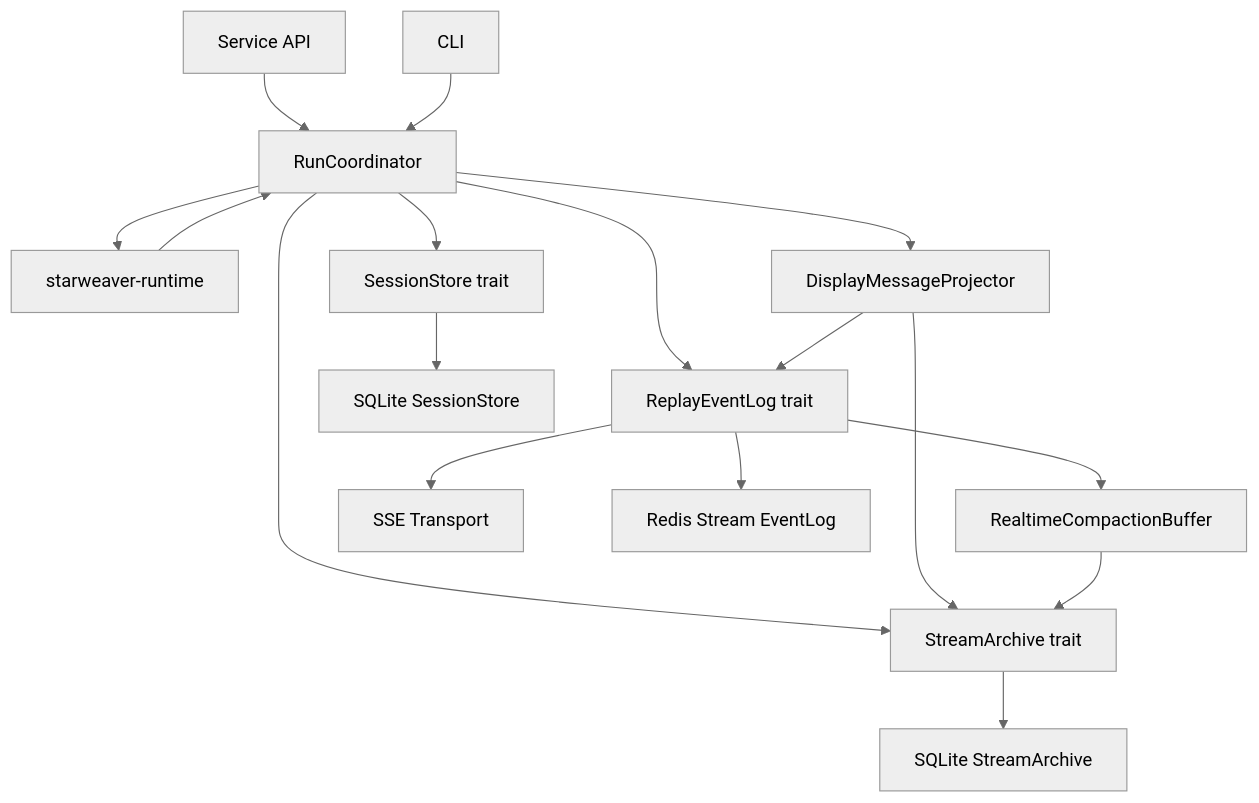
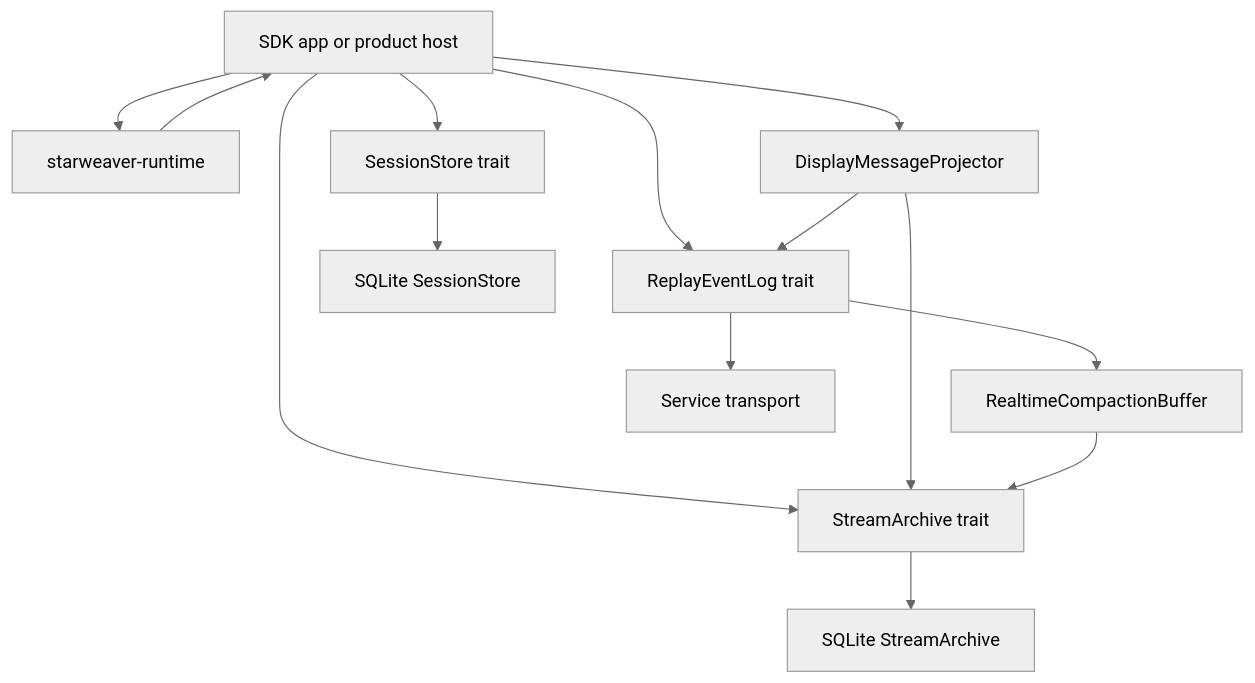
The first of 2 diagrams in spec/ops/03-durable-service-runtime.md (Wh1isper/starweaver), drawn with Mermaid (neutral theme) before and after one commit. The commit also changed other lines of this file and 216 other files, not shown here.

First line of the commit message:
feat: add SDK primitives and remove Claw service

````diff
--- a/spec/ops/03-durable-service-runtime.md
+++ b/spec/ops/03-durable-service-runtime.md
@@ -23,33 +21,27 @@
 ```mermaid
 flowchart TD
-    api[Service API]
-    cli[CLI]
-    coord[RunCoordinator]
+    app[SDK app or product host]
     runtime[starweaver-runtime]
     session[SessionStore trait]
     archive[StreamArchive trait]
     eventlog[ReplayEventLog trait]
     compact[RealtimeCompactionBuffer]
     projector[DisplayMessageProjector]
-    sse[SSE Transport]
-    redis[Redis Stream EventLog]
+    transport[Service transport]
     sqlite_session[SQLite SessionStore]
     sqlite_stream[SQLite StreamArchive]
 
-    api --> coord
-    cli --> coord
-    coord --> runtime
-    runtime --> coord
-    coord --> session
-    coord --> archive
-    coord --> eventlog
-    coord --> projector
+    app --> runtime
+    runtime --> app
+    app --> session
+    app --> archive
+    app --> eventlog
+    app --> projector
     projector --> archive
     projector --> eventlog
     eventlog --> compact
     compact --> archive
     session --> sqlite_session
     archive --> sqlite_stream
-    eventlog --> sse
-    eventlog --> redis
+    eventlog --> transport
 ```
````
